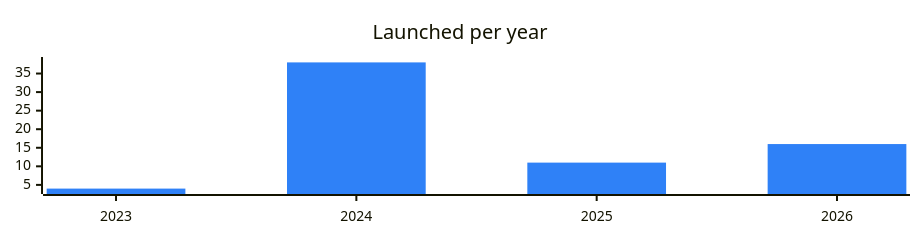
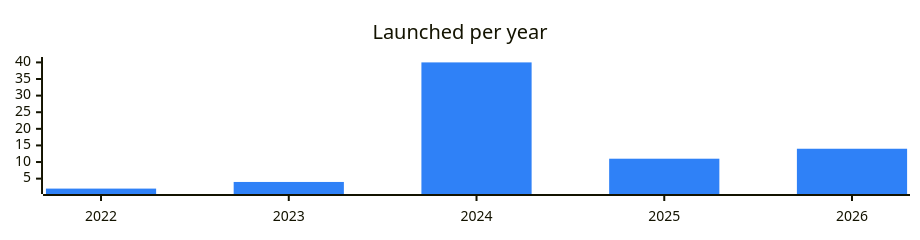
One commit to vitalikgpt/gram-ecosystem changed the diagram in categories/ai.md. Above: the diagram before and after it, drawn with Mermaid. The commit also changed other lines of this file and 71 other files, not shown here.

````diff
--- a/categories/ai.md
+++ b/categories/ai.md
@@ -7,7 +7,7 @@
 ```mermaid
 %%{init: {"xyChart": {"width": 900, "height": 220}, "themeVariables": {"xyChart": {"plotColorPalette": "#2f81f7"}}}}%%
 xychart-beta
   title "Launched per year"
-  x-axis ["2023", "2024", "2025", "2026"]
-  bar [4, 38, 11, 16]
+  x-axis ["2022", "2023", "2024", "2025", "2026"]
+  bar [2, 4, 40, 11, 14]
 ```
````
